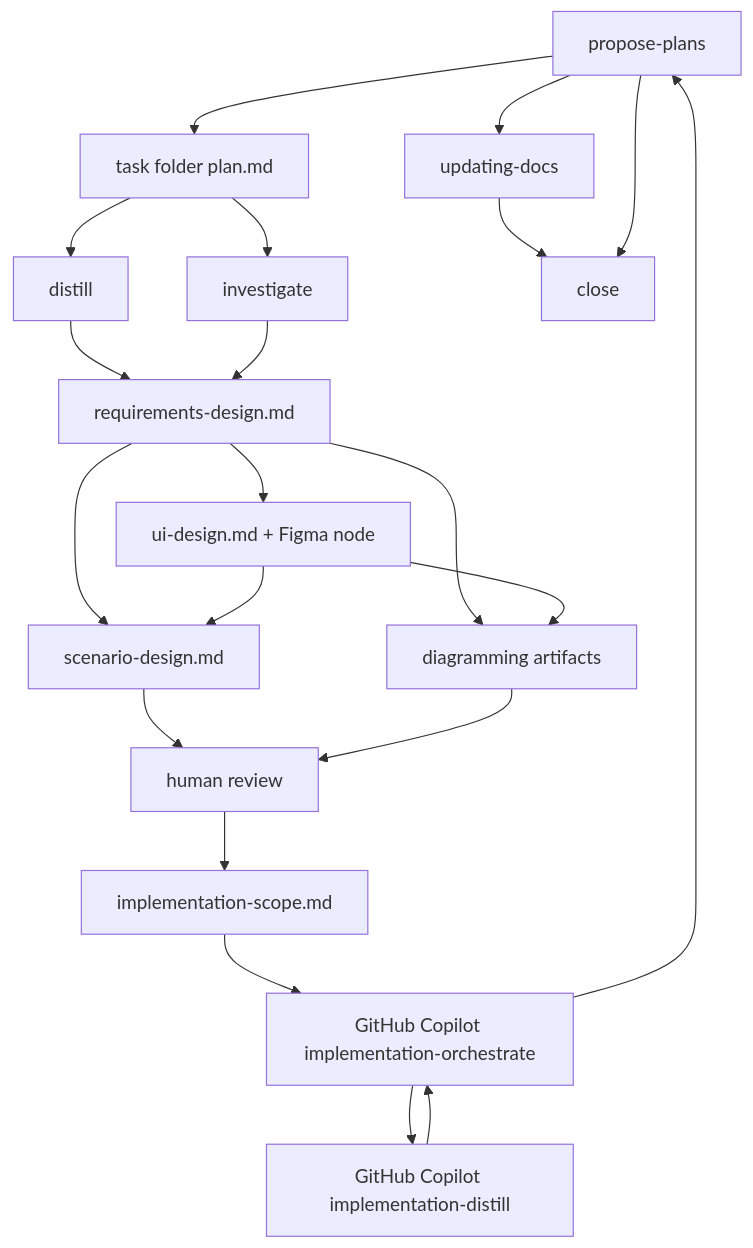
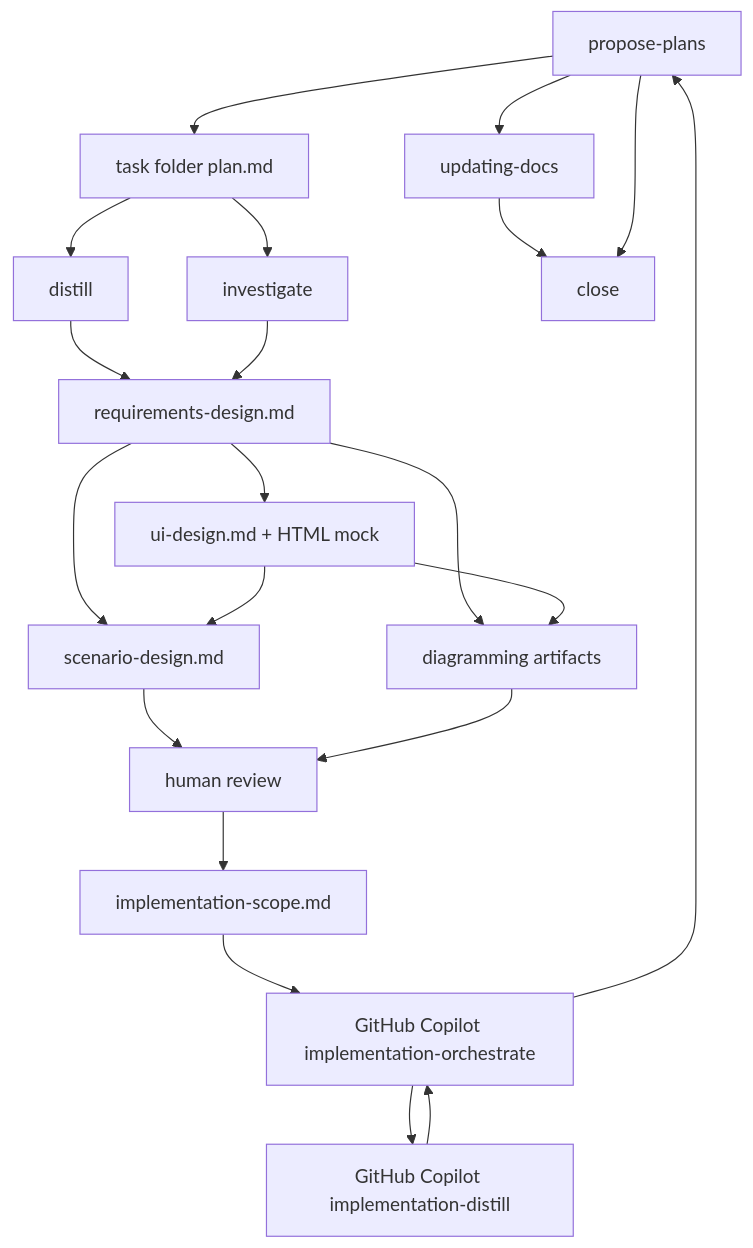
The diagram in .codex/workflow.md (ishibata91/AITranslationEngineJP), drawn with Mermaid before and after one commit. The commit also changed other lines of this file and 18 other files, not shown here.

````diff
--- a/.codex/workflow.md
+++ b/.codex/workflow.md
@@ -6,34 +6,34 @@
 ```mermaid
 flowchart TD
     A[propose-plans]
     P[task folder plan.md]
     B[distill]
     C[investigate]
     R[requirements-design.md]
-    U[ui-design.md + Figma node]
+    U[ui-design.md + HTML mock]
     S[scenario-design.md]
     D[diagramming artifacts]
     F[human review]
     G[implementation-scope.md]
     H[GitHub Copilot implementation-orchestrate]
     K[GitHub Copilot implementation-distill]
     I[updating-docs]
     J[close]
 
     A --> P
     P --> B --> R
     P --> C --> R
     R --> U
     R --> S
     U --> S
     R --> D
     U --> D
     S --> F
     D --> F
     F --> G
     G --> H
     H --> K --> H
     H --> A
     A --> I --> J
     A --> J
 ```
````
